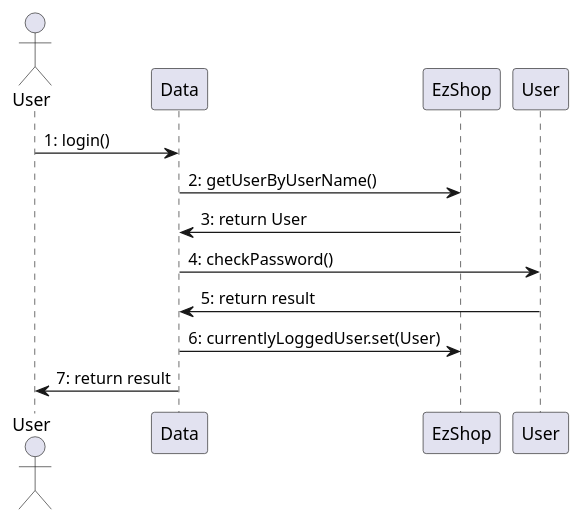
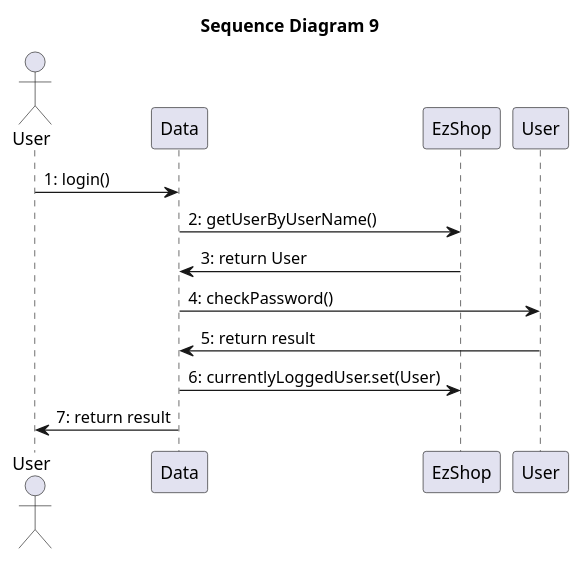
Before and after one commit to paolotron/EzshoProject31: diagram 11 of 15 in Deliverables/DesignDocument.md, drawn with PlantUML. The commit also changed other lines of this file, not shown here.

Commit message:
Updated sequence diagram's titles .md

````diff
--- a/Deliverables/DesignDocument.md
+++ b/Deliverables/DesignDocument.md
@@ -492,16 +499,17 @@
 ``` plantuml
 @startuml
+title "Sequence Diagram 9"
 actor User as U1
 participant Data
 participant EzShop
 participant User as U2
 
 U1->Data: 1: login()
 Data->EzShop: 2: getUserByUserName()
 EzShop -> Data : 3: return User
 Data -> U2 : 4: checkPassword()
 U2 -> Data : 5: return result
 Data->EzShop: 6: currentlyLoggedUser.set(User)
 Data -> U1 : 7: return result
 @enduml
 ```
````
